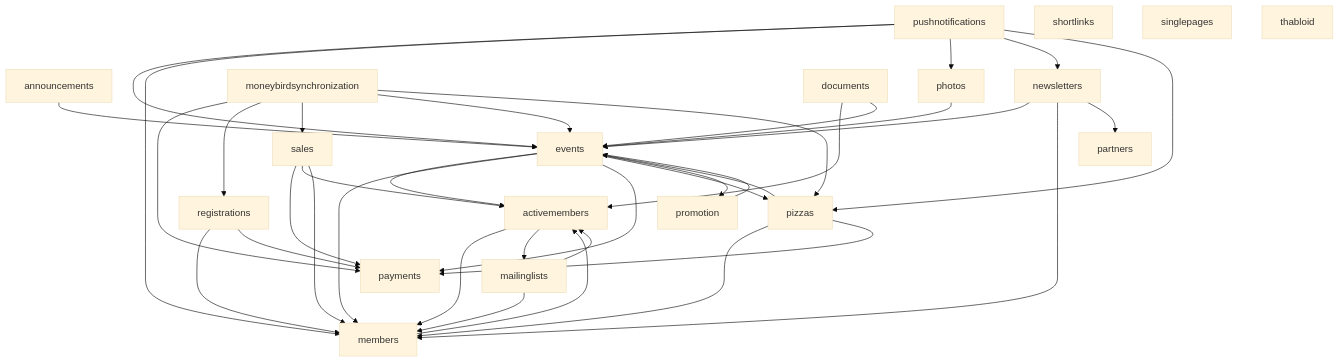
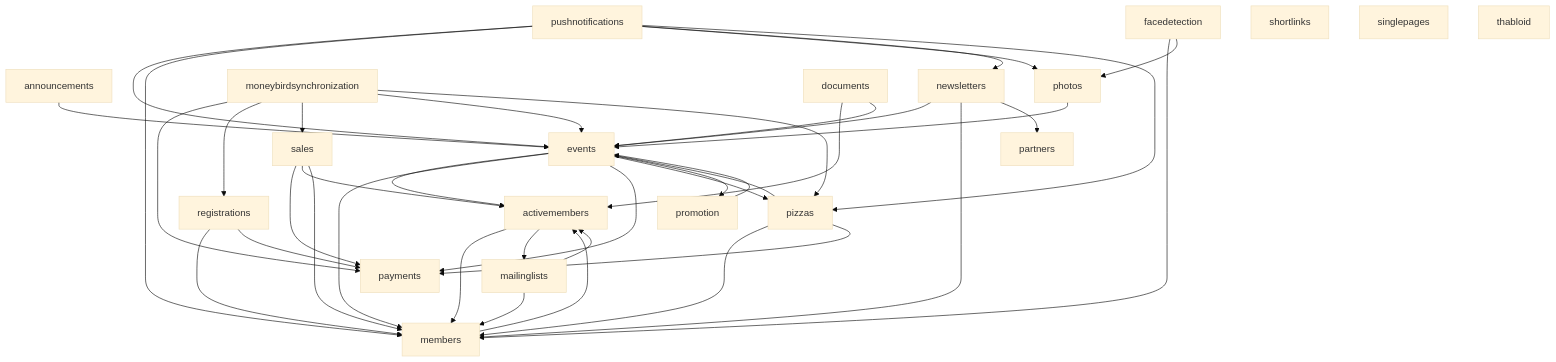
One commit to svthalia/concrexit changed the diagram in README.md. Above: the diagram before and after it, drawn with Mermaid (base theme). The commit also changed 1 other file, not shown here.

````diff
--- a/README.md
+++ b/README.md
@@ -53,52 +53,54 @@
 ```mermaid
 graph TD;
     announcements --> events;
     activemembers --> members;
     activemembers --> mailinglists;
     events --> activemembers;
     events --> members;
     events --> payments;
     mailinglists --> activemembers;
     mailinglists --> members;
     newsletters --> events;
     newsletters --> members;
     newsletters --> partners;
     photos --> events;
     pizzas --> events;
     pizzas --> members;
     pizzas --> payments;
     promotion --> events;
     pushnotifications --> events;
     pushnotifications --> members;
     pushnotifications --> photos;
     pushnotifications --> newsletters;
     pushnotifications --> pizzas;
     registrations --> members;
     registrations --> payments;
     sales --> payments;
     sales --> activemembers;
     sales --> members;
     moneybirdsynchronization --> payments;
     moneybirdsynchronization --> registrations;
     moneybirdsynchronization --> sales;
     moneybirdsynchronization --> events;
     moneybirdsynchronization --> pizzas;
+    facedetection --> members;
+    facedetection --> photos;
 
     documents;
     partners;
     shortlinks;
     singlepages;
     thabloid;
 
     %% Current dependencies that are problematic and for which issues exist for fixing
     %% 2757
     documents --> activemembers;
     documents --> events;
 
     %% #2753
     events --> pizzas;
     events --> promotion;
 
     %% #2756
     members --> activemembers;
 ```
````
